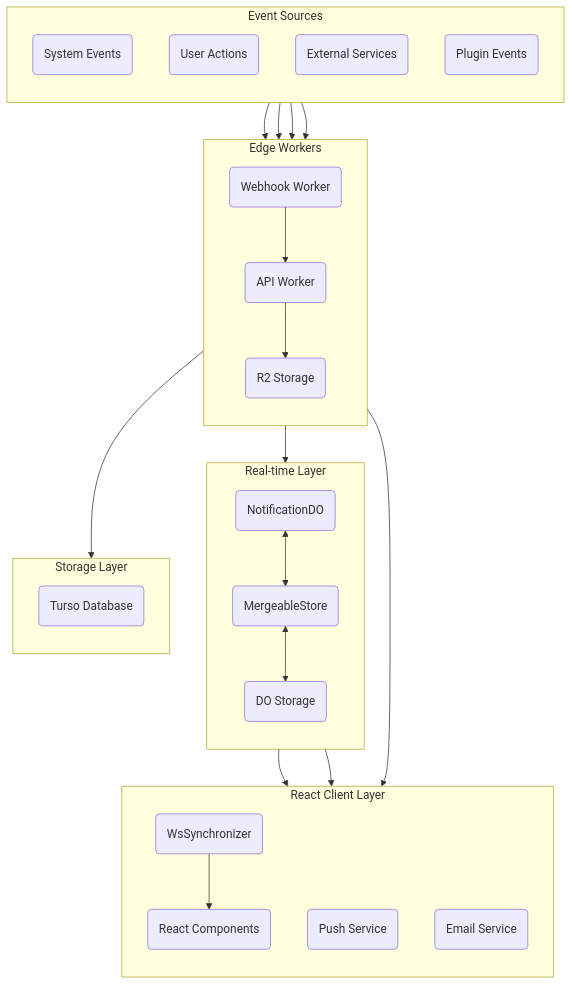
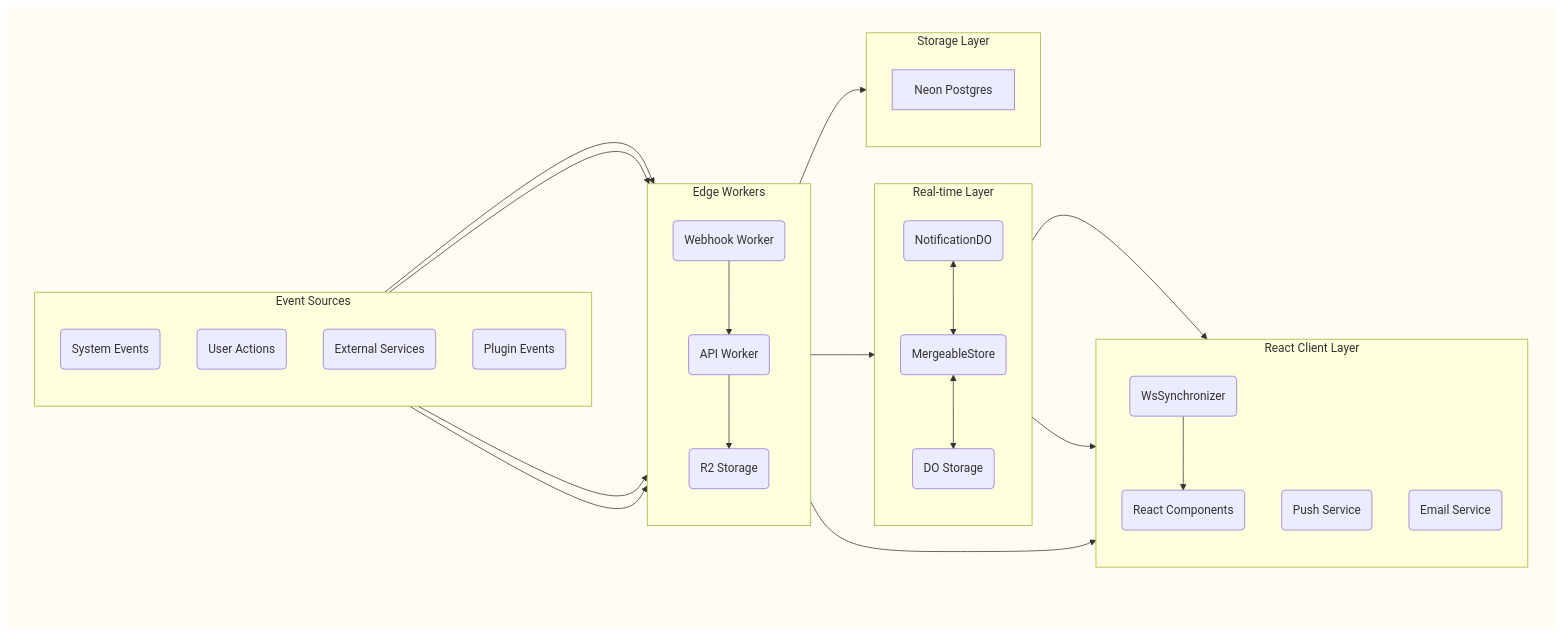
Before and after one commit to codevibesmatter/admin-cloudflare: the eighth of 12 diagrams in docs/ARCHITECTURE.md, drawn with Mermaid. The commit also changed other lines of this file and 18 other files, not shown here.

````diff
--- a/docs/ARCHITECTURE.md
+++ b/docs/ARCHITECTURE.md
@@ -462,56 +468,59 @@
 ```mermaid
 graph TB
-    subgraph Sources["Event Sources"]
-        direction TB
-        System("System Events")
-        User("User Actions")
-        External("External Services")
-        Plugin("Plugin Events")
+    subgraph bg [" "]
+        style bg fill:#fffdf3,stroke:none
+        subgraph Sources["Event Sources"]
+            direction TB
+            System("System Events")
+            User("User Actions")
+            External("External Services")
+            Plugin("Plugin Events")
+        end
+
+        subgraph Workers["Edge Workers"]
+            direction TB
+            API("API Worker")
+            Webhook("Webhook Worker")
+            R2("R2 Storage")
+        end
+
+        subgraph RealTime["Real-time Layer"]
+            direction TB
+            NotifDO("NotificationDO")
+            DOStore("MergeableStore")
+            Storage("DO Storage")
+            
+            NotifDO <--> DOStore
+            DOStore <--> Storage
+        end
+
+        subgraph Persistence["Storage Layer"]
+            direction TB
+            DB["Neon Postgres"]
+        end
+
+        subgraph Delivery["React Client Layer"]
+            direction TB
+            WS("WsSynchronizer")
+            UI("React Components")
+            Push("Push Service")
+            Email("Email Service")
+            
+            WS --> UI
+        end
+
+        System --> API
+        User --> API
+        External --> Webhook
+        Plugin --> API
+        
+        Webhook --> API
+        API --> NotifDO
+        API --> R2
+        API --> DB
+        
+        NotifDO --> WS
+        NotifDO --> Push
+        API --> Email
     end
-
-    subgraph Workers["Edge Workers"]
-        direction TB
-        API("API Worker")
-        Webhook("Webhook Worker")
-        R2("R2 Storage")
-    end
-
-    subgraph RealTime["Real-time Layer"]
-        direction TB
-        NotifDO("NotificationDO")
-        DOStore("MergeableStore")
-        Storage("DO Storage")
-        
-        NotifDO <--> DOStore
-        DOStore <--> Storage
-    end
-
-    subgraph Persistence["Storage Layer"]
-        direction TB
-        DB("Turso Database")
-    end
-
-    subgraph Delivery["React Client Layer"]
-        direction TB
-        WS("WsSynchronizer")
-        UI("React Components")
-        Push("Push Service")
-        Email("Email Service")
-        
-        WS --> UI
-    end
-
-    System --> API
-    User --> API
-    External --> Webhook
-    Plugin --> API
-    
-    Webhook --> API
-    API --> NotifDO
-    API --> R2
-    API --> DB
-    
-    NotifDO --> WS
-    NotifDO --> Push
-    API --> Email
 ```
````
